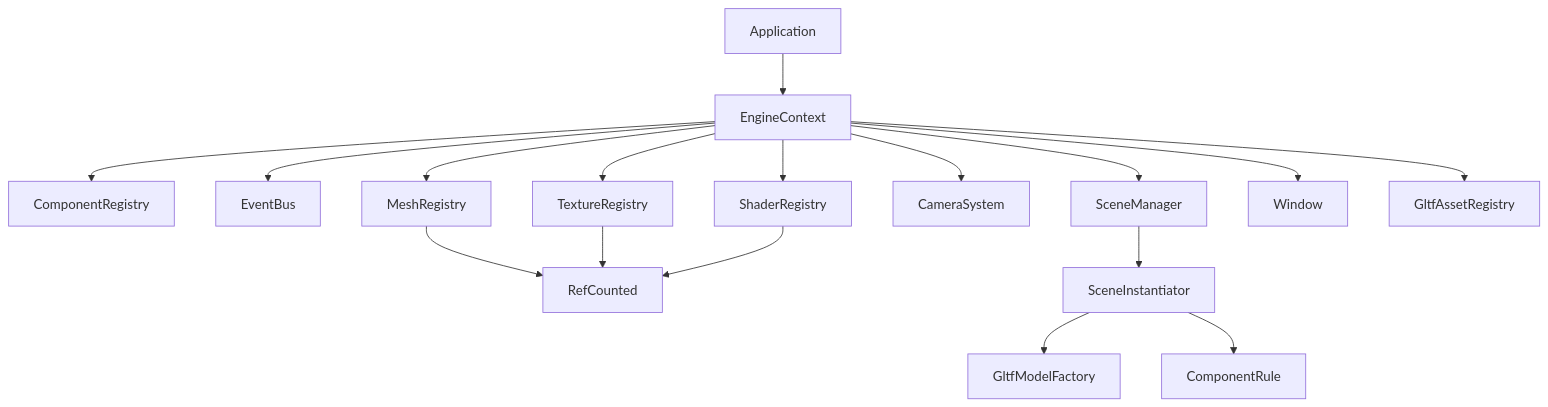
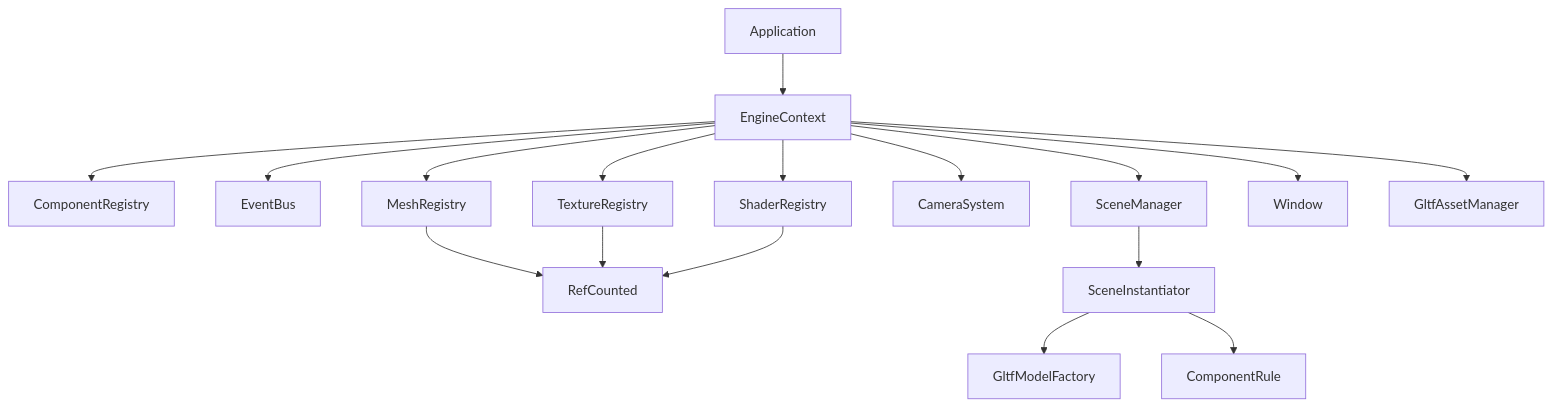
Before and after one commit to Chapslock/neon-racer: the first of 9 diagrams in README.md, drawn with Mermaid. The commit also changed 8 other files, not shown here.

First line of the commit message:
refactor(gltf): rename GltfAssetRegistry to GltfAssetManager, add instantiate()

````diff
--- a/README.md
+++ b/README.md
@@ -12,21 +12,21 @@
 ```mermaid
 graph TD
     App[Application] --> EC[EngineContext]
     EC --> CR[ComponentRegistry]
     EC --> EB[EventBus]
     EC --> MR[MeshRegistry]
     EC --> TR[TextureRegistry]
     EC --> SR[ShaderRegistry]
     EC --> CS[CameraSystem]
     EC --> SM[SceneManager]
     EC --> Win[Window]
-    EC --> GAR[GltfAssetRegistry]
+    EC --> GAM[GltfAssetManager]
 
     MR --> RC[RefCounted]
     TR --> RC
     SR --> RC
 
     SM --> SI[SceneInstantiator]
     SI --> GMF[GltfModelFactory]
     SI --> CV[ComponentRule]
 ```
````
